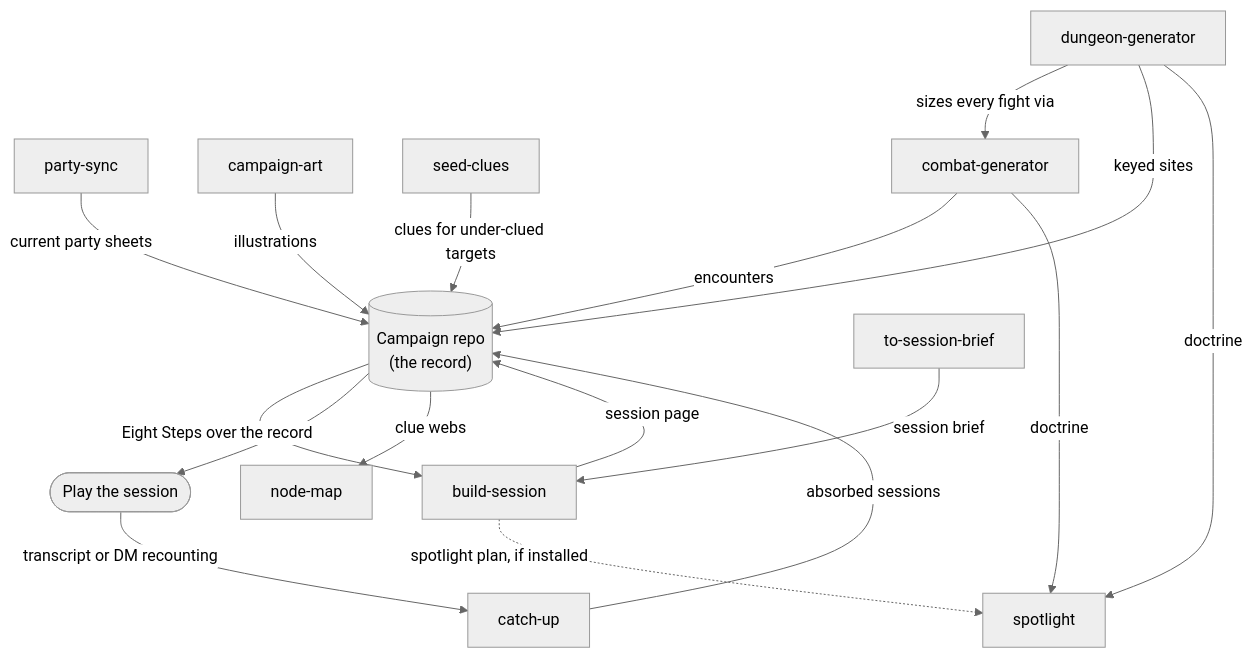
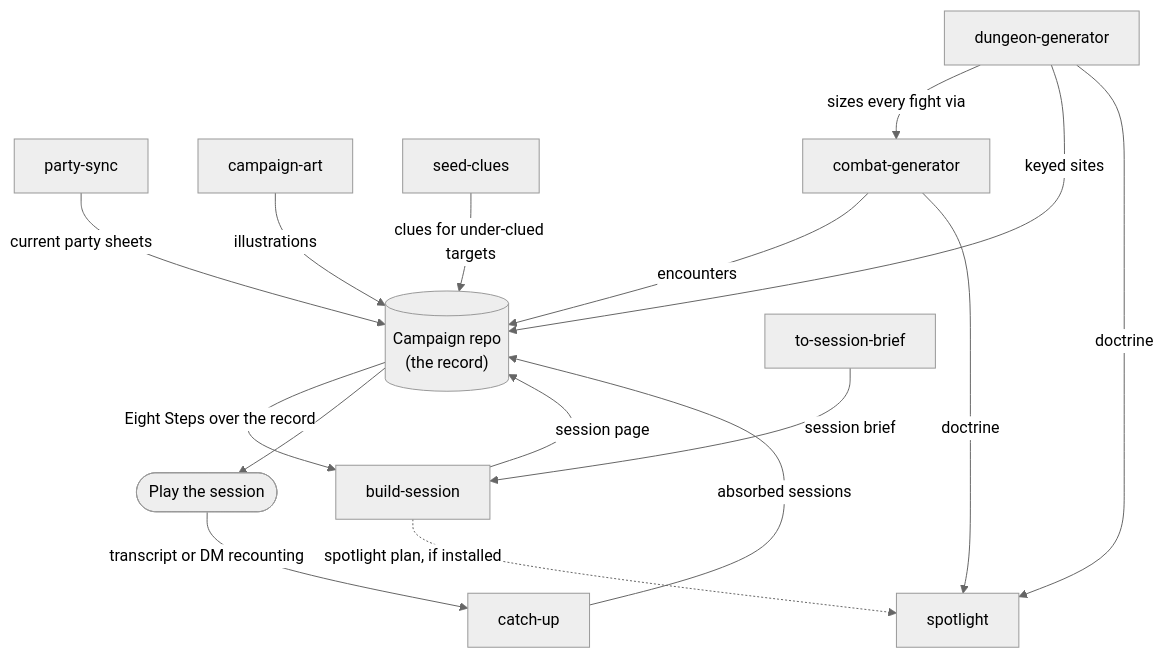
Before and after one commit to bmoo/dm-skills: the diagram in README.md, drawn with Mermaid (neutral theme). The commit also changed other lines of this file and 20 other files, not shown here.

First line of the commit message:
Remove node-map: skill, counterfactual-mode verifier tail, and every reference

````diff
--- a/README.md
+++ b/README.md
@@ -98,23 +98,22 @@
 ```mermaid
 flowchart TD
     repo[("Campaign repo<br/>(the record)")]
 
     brief["to-session-brief"] -- "session brief" --> build["build-session"]
     repo -- "Eight Steps over the record" --> build
     build -- "session page" --> repo
     repo --> play(["Play the session"])
     play -- "transcript or DM recounting" --> catchup["catch-up"]
     catchup -- "absorbed sessions" --> repo
 
     partysync["party-sync"] -- "current party sheets" --> repo
     art["campaign-art"] -- "illustrations" --> repo
     seed["seed-clues"] -- "clues for under-clued targets" --> repo
-    repo -- "clue webs" --> nodemap["node-map"]
 
     dungeon["dungeon-generator"] -- "sizes every fight via" --> combat["combat-generator"]
     dungeon -- "keyed sites" --> repo
     combat -- "encounters" --> repo
     combat -- "doctrine" --> spot["spotlight"]
     dungeon -- "doctrine" --> spot
     build -. "spotlight plan, if installed" .-> spot
 ```
````
